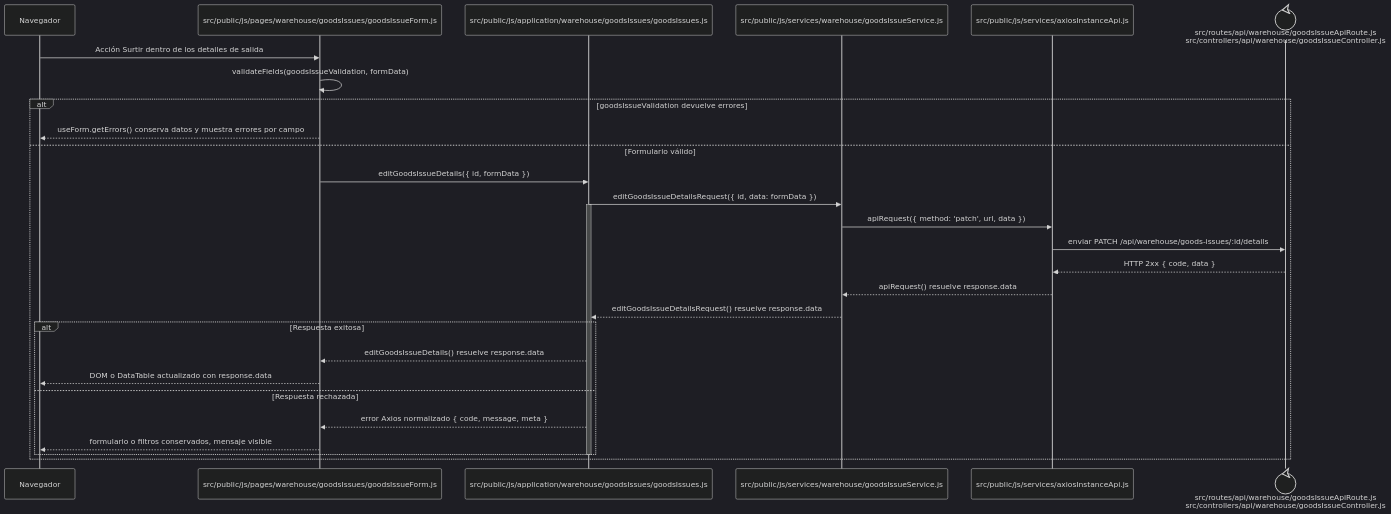
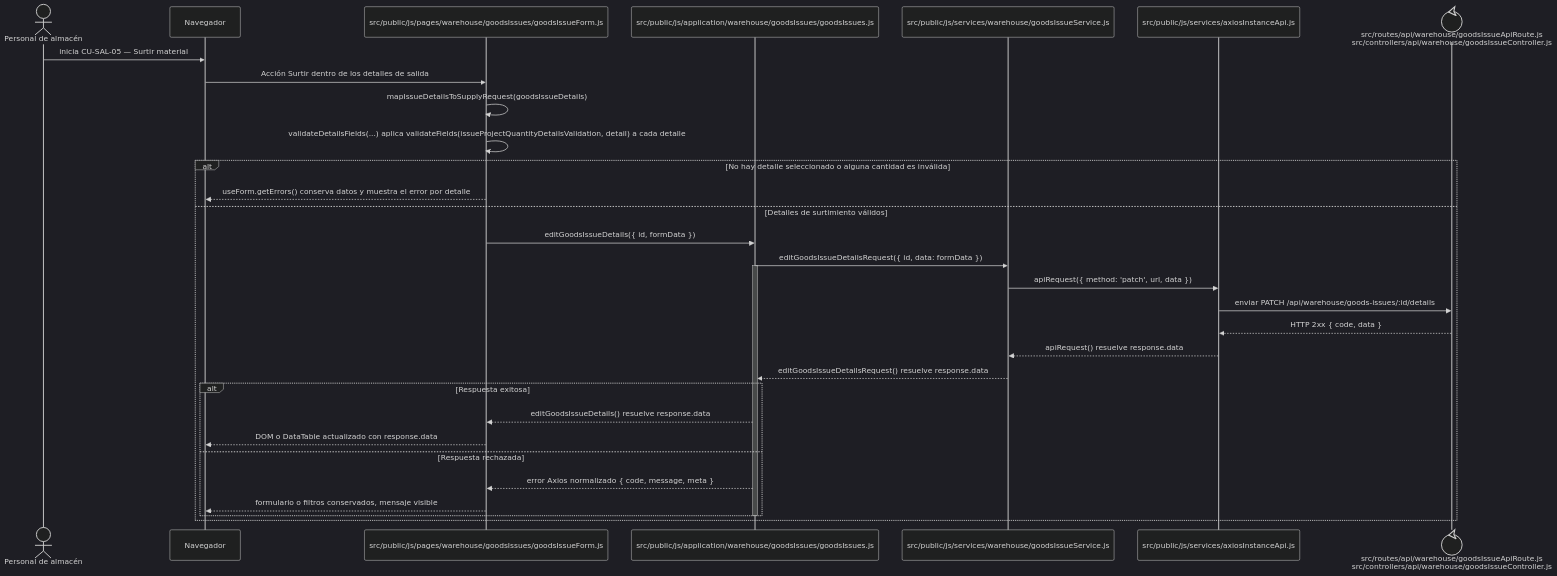
One commit to gpgsistemas01/nexus changed the diagram in docs/architecture/frontend-code-sequences/issues/cu-sal-05.md. Above: the diagram before and after it, drawn with Mermaid (dark theme). The commit also changed other lines of this file and 105 other files, not shown here.

````diff
--- a/docs/architecture/frontend-code-sequences/issues/cu-sal-05.md
+++ b/docs/architecture/frontend-code-sequences/issues/cu-sal-05.md
@@ -6,32 +6,35 @@
 ```mermaid
 sequenceDiagram
+    actor Initiator as Personal de almacén
     participant Browser as Navegador
     participant View as src/public/js/pages/warehouse/goodsIssues/goodsIssueForm.js
     participant Application as src/public/js/application/warehouse/goodsIssues/goodsIssues.js
     participant Request as src/public/js/services/warehouse/goodsIssueService.js
     participant HTTP as src/public/js/services/axiosInstanceApi.js
     participant Transport@{ "type": "control" } as src/routes/api/warehouse/goodsIssueApiRoute.js<br/>src/controllers/api/warehouse/goodsIssueController.js
 
+    Initiator->>Browser: inicia CU-SAL-05 — Surtir material
     Browser->>View: Acción Surtir dentro de los detalles de salida
-    View->>View: validateFields(goodsIssueValidation, formData)
-    alt goodsIssueValidation devuelve errores
-        View-->>Browser: useForm.getErrors() conserva datos y muestra errores por campo
-    else Formulario válido
+    View->>View: mapIssueDetailsToSupplyRequest(goodsIssueDetails)
+    View->>View: validateDetailsFields(...) aplica validateFields(issueProjectQuantityDetailsValidation, detail) a cada detalle
+    alt No hay detalle seleccionado o alguna cantidad es inválida
+        View-->>Browser: useForm.getErrors() conserva datos y muestra el error por detalle
+    else Detalles de surtimiento válidos
         View->>Application: editGoodsIssueDetails({ id, formData })
         Application->>Request: editGoodsIssueDetailsRequest({ id, data: formData })
         activate Application
         Request->>HTTP: apiRequest({ method: 'patch', url, data })
         HTTP->>Transport: enviar PATCH /api/warehouse/goods-issues/:id/details
         Transport-->>HTTP: HTTP 2xx { code, data }
         HTTP-->>Request: apiRequest() resuelve response.data
         Request-->>Application: editGoodsIssueDetailsRequest() resuelve response.data
         alt Respuesta exitosa
             Application-->>View: editGoodsIssueDetails() resuelve response.data
             View-->>Browser: DOM o DataTable actualizado con response.data
         else Respuesta rechazada
             Application-->>View: error Axios normalizado { code, message, meta }
             View-->>Browser: formulario o filtros conservados, mensaje visible
         end
         deactivate Application
     end
 ```
````
